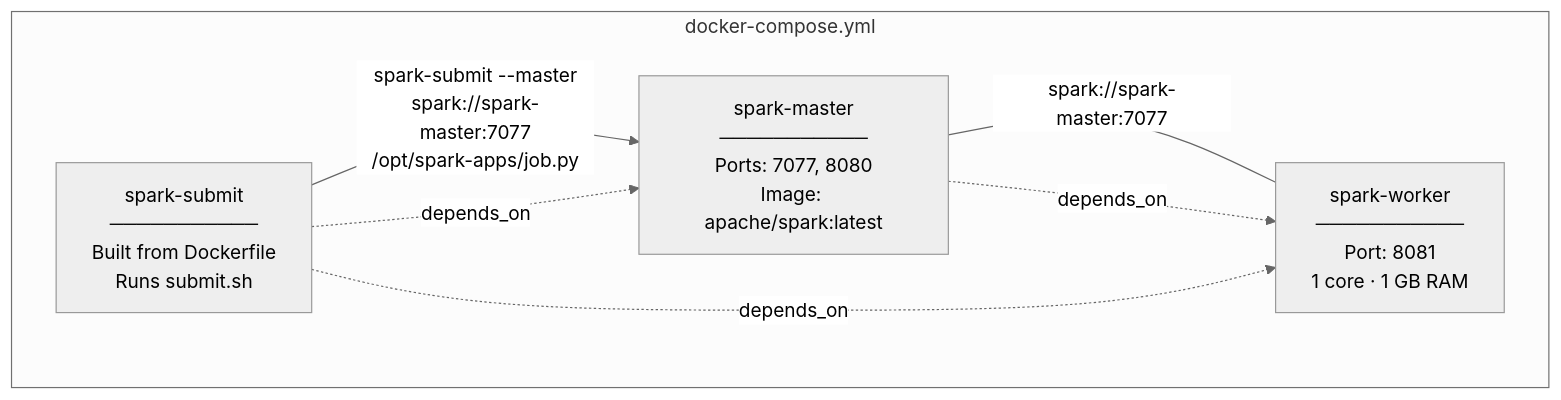
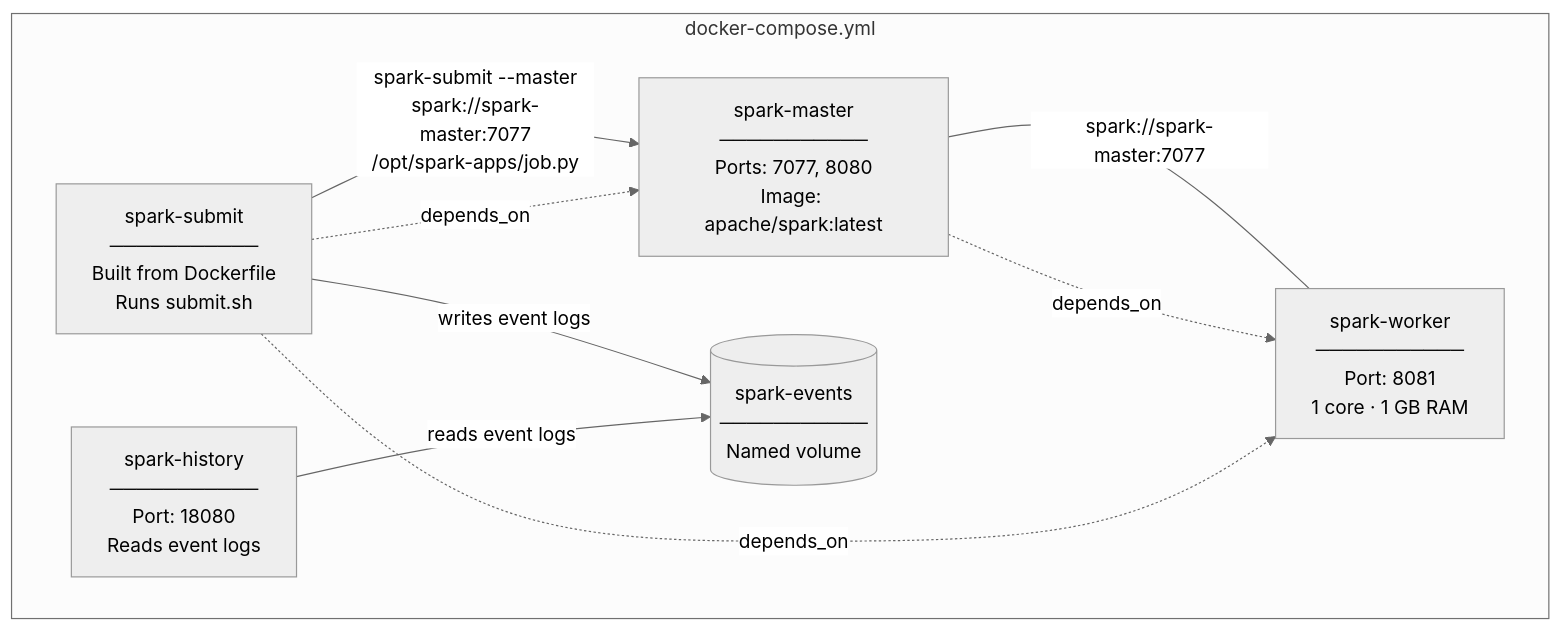
One commit to ivarkesav/pyspark-sample-project changed the fourth of 5 diagrams in README.md. Above: the diagram before and after it, drawn with Mermaid (neutral theme). The commit also changed other lines of this file and 2 other files, not shown here.

First line of the commit message:
Add spark-history server to docs and enable event logging

````diff
--- a/README.md
+++ b/README.md
@@ -86,15 +89,19 @@
 ```mermaid
 graph TB
     subgraph docker-compose.yml
         Master["spark-master<br/>───────────<br/>Ports: 7077, 8080<br/>Image: apache/spark:latest"]
         Worker["spark-worker<br/>───────────<br/>Port: 8081<br/>1 core · 1 GB RAM"]
         Submit["spark-submit<br/>───────────<br/>Built from Dockerfile<br/>Runs submit.sh"]
+        History["spark-history<br/>───────────<br/>Port: 18080<br/>Reads event logs"]
+        Events[("spark-events<br/>───────────<br/>Named volume")]
     end
 
     Master --- |"spark://spark-master:7077"| Worker
     Submit --> |"spark-submit --master<br/>spark://spark-master:7077<br/>/opt/spark-apps/job.py"| Master
+    Submit -->|writes event logs| Events
+    History -->|reads event logs| Events
 
     Master -.->|depends_on| Worker
     Submit -.->|depends_on| Master
     Submit -.->|depends_on| Worker
 ```
````
